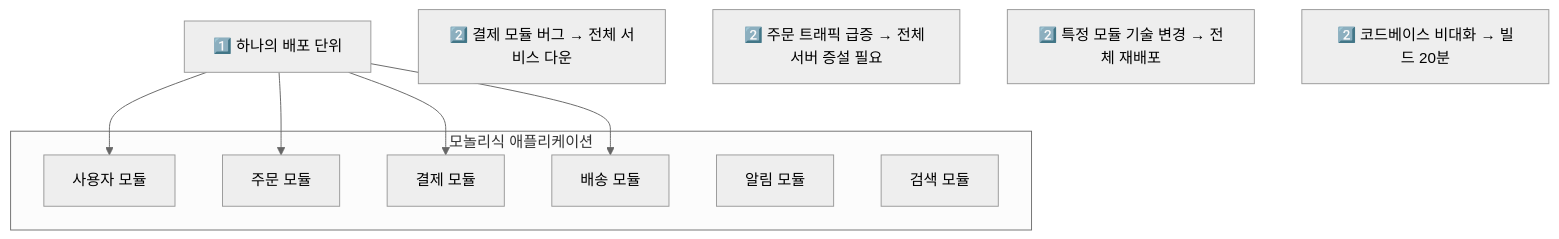
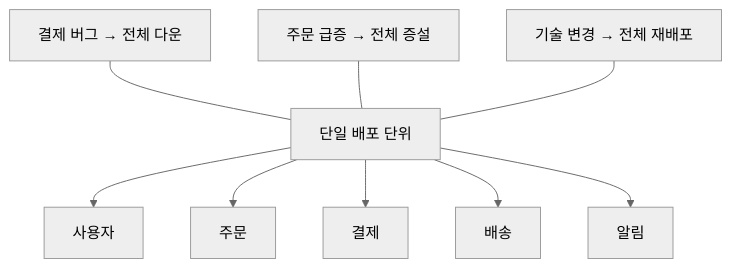
Before and after one commit to yjkim2015/yjkim2015.github.io: the first of 15 diagrams in _posts/architecture/2026-05-02-msa-deep.md, drawn with Mermaid (neutral theme). The commit also changed other lines of this file and 215 other files, not shown here.

First line of the commit message:
신규 포스트 10개 추가 + Mermaid 전면 축소 + SystemDesign 시리즈 보강

````diff
--- a/_posts/architecture/2026-05-02-msa-deep.md
+++ b/_posts/architecture/2026-05-02-msa-deep.md
@@ -22,21 +22,11 @@
 ```mermaid
 graph TD
-    subgraph "모놀리식 애플리케이션"
-        UserModule["사용자 모듈"]
-        OrderModule["주문 모듈"]
-        PaymentModule["결제 모듈"]
-        DeliveryModule["배송 모듈"]
-        NotifyModule["알림 모듈"]
-        SearchModule["검색 모듈"]
-    end
-
-    AllModules["1️⃣ 하나의 배포 단위"] --> UserModule
-    AllModules --> OrderModule
-    AllModules --> PaymentModule
-    AllModules --> DeliveryModule
-
-    P1["2️⃣ 결제 모듈 버그 → 전체 서비스 다운"]
-    P2["2️⃣ 주문 트래픽 급증 → 전체 서버 증설 필요"]
-    P3["2️⃣ 특정 모듈 기술 변경 → 전체 재배포"]
-    P4["2️⃣ 코드베이스 비대화 → 빌드 20분"]
+    Mono["단일 배포 단위"] --> User["사용자"]
+    Mono --> Order["주문"]
+    Mono --> Payment["결제"]
+    Mono --> Delivery["배송"]
+    Mono --> Notify["알림"]
+    P1["결제 버그 → 전체 다운"] --- Mono
+    P2["주문 급증 → 전체 증설"] --- Mono
+    P3["기술 변경 → 전체 재배포"] --- Mono
 ```
````
